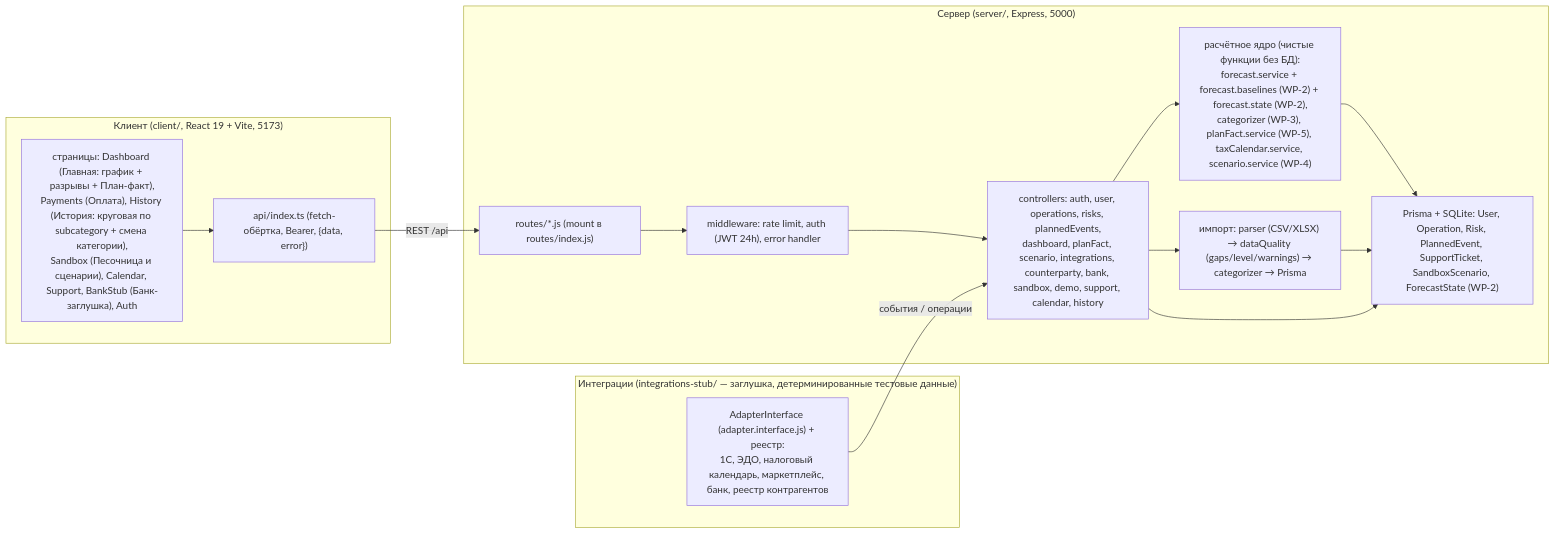
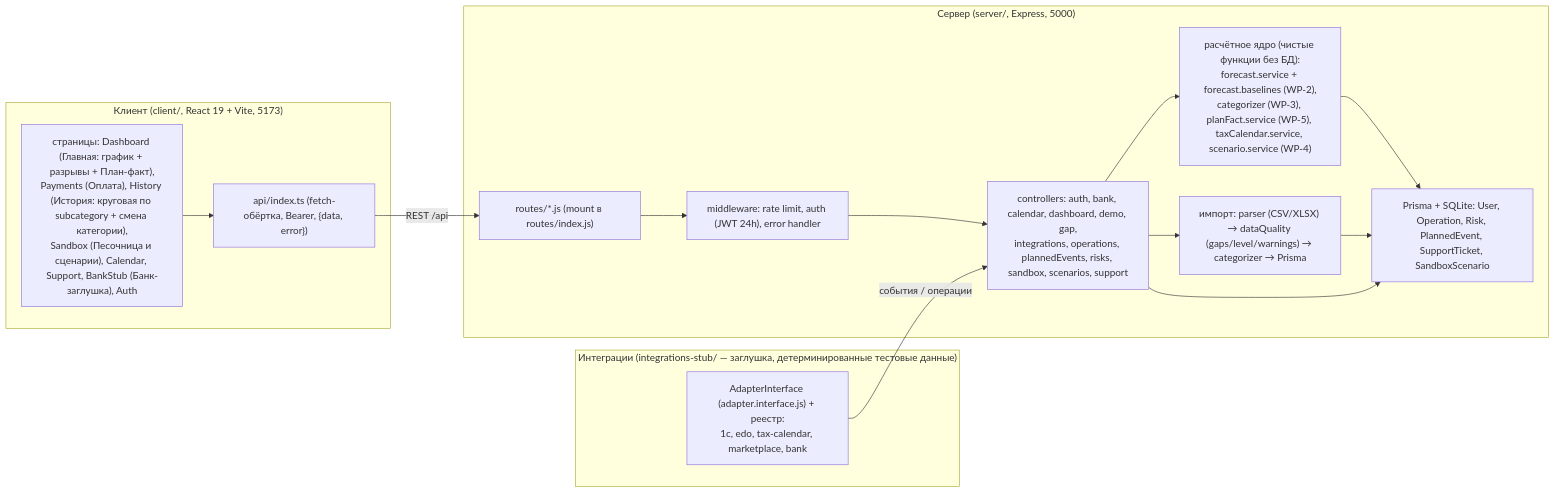
One commit to Marina599-wq/hacaton2026 changed the diagram in docs/ARCHITECTURE.md. Above: the diagram before and after it, drawn with Mermaid. The commit also changed other lines of this file and 53 other files, not shown here.

````diff
--- a/docs/ARCHITECTURE.md
+++ b/docs/ARCHITECTURE.md
@@ -8,26 +8,26 @@
 ```mermaid
 flowchart LR
   subgraph Client["Клиент (client/, React 19 + Vite, 5173)"]
     pages["страницы: Dashboard (Главная: график + разрывы + План-факт),<br/>Payments (Оплата), History (История: круговая по subcategory + смена категории),<br/>Sandbox (Песочница и сценарии), Calendar, Support, BankStub (Банк-заглушка), Auth"]
     pages --> api["api/index.ts (fetch-обёртка, Bearer, {data, error})"]
   end
   api -->|REST /api| routes
   subgraph Server["Сервер (server/, Express, 5000)"]
     routes["routes/*.js (mount в routes/index.js)"]
     middleware["middleware: rate limit, auth (JWT 24h), error handler"]
-    controllers["controllers: auth, user, operations, risks, plannedEvents,<br/>dashboard, planFact, scenario, integrations, counterparty, bank, sandbox, demo, support, calendar, history"]
-    core["расчётное ядро (чистые функции без БД):<br/>forecast.service + forecast.baselines (WP-2) + forecast.state (WP-2),<br/>categorizer (WP-3), planFact.service (WP-5), taxCalendar.service, scenario.service (WP-4)"]
+    controllers["controllers: auth, bank, calendar, dashboard, demo, gap,<br/>integrations, operations, plannedEvents, risks, sandbox, scenarios, support"]
+    core["расчётное ядро (чистые функции без БД):<br/>forecast.service + forecast.baselines (WP-2),<br/>categorizer (WP-3), planFact.service (WP-5), taxCalendar.service, scenario.service (WP-4)"]
     importer["импорт: parser (CSV/XLSX) → dataQuality (gaps/level/warnings) → categorizer → Prisma"]
-    db["Prisma + SQLite: User, Operation, Risk, PlannedEvent, SupportTicket, SandboxScenario, ForecastState (WP-2)"]
+    db["Prisma + SQLite: User, Operation, Risk, PlannedEvent, SupportTicket, SandboxScenario"]
   end
   routes --> middleware --> controllers
   controllers --> core
   controllers --> importer
   core --> db
   importer --> db
   controllers --> db
   subgraph Integ["Интеграции (integrations-stub/ — заглушка, детерминированные тестовые данные)"]
-    adapter["AdapterInterface (adapter.interface.js) + реестр:<br/>1С, ЭДО, налоговый календарь, маркетплейс, банк, реестр контрагентов"]
+    adapter["AdapterInterface (adapter.interface.js) + реестр:<br/>1c, edo, tax-calendar, marketplace, bank"]
   end
   adapter -->|события / операции| controllers
 ```
````
